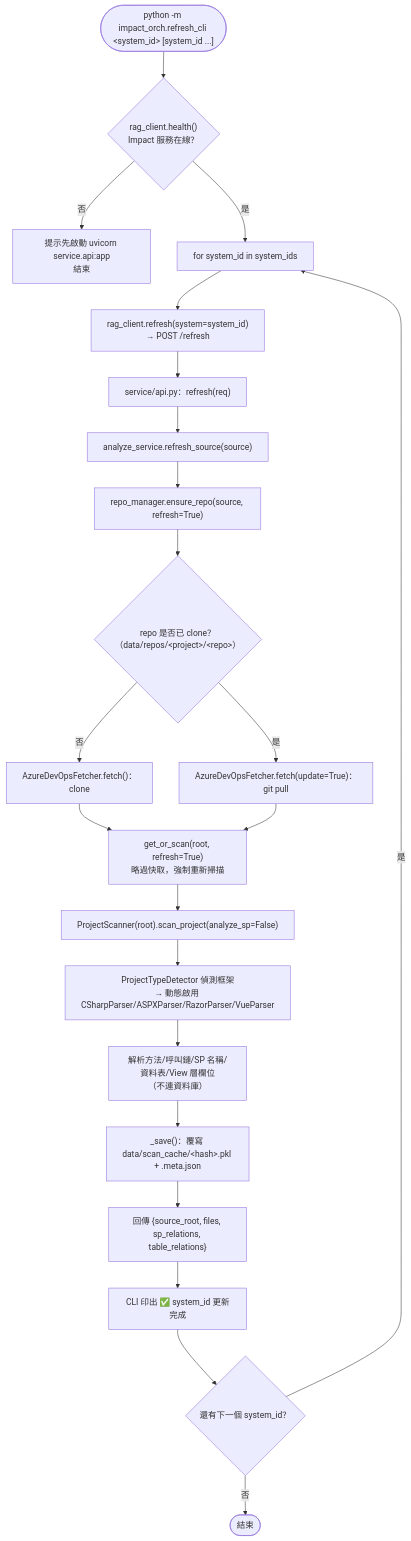
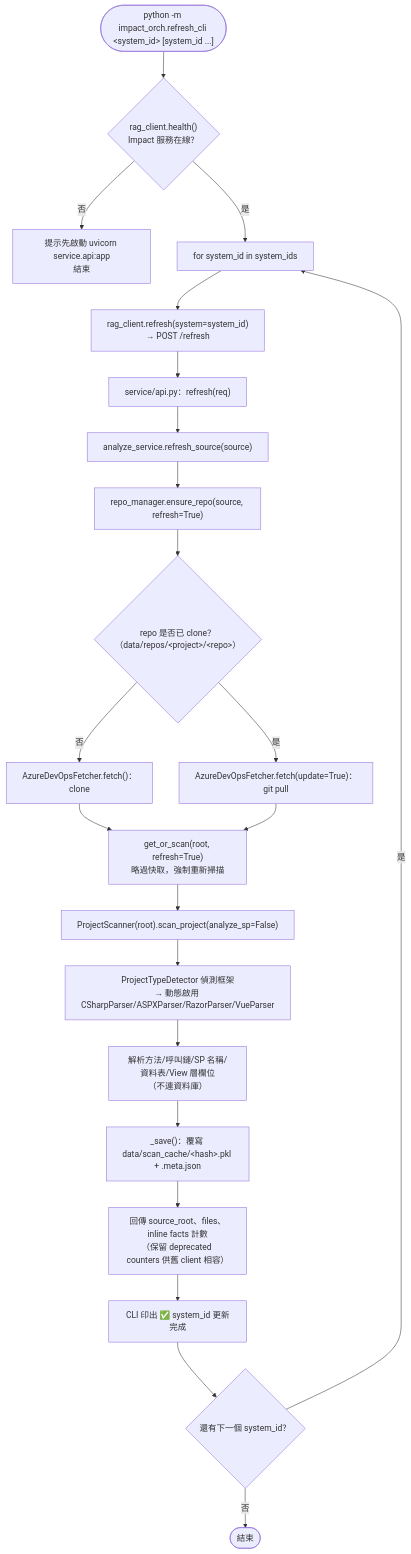
Before and after one commit to vy088772/Impact_analysis_system: the fifth of 11 diagrams in docs/流程圖.md, drawn with Mermaid. The commit also changed other lines of this file and 12 other files, not shown here.

````diff
--- a/docs/流程圖.md
+++ b/docs/流程圖.md
@@ -252,28 +308,28 @@
 ```mermaid
 flowchart TD
     Start(["python -m impact_orch.refresh_cli &lt;system_id&gt; [system_id ...]"]) --> Health{"rag_client.health()<br/>Impact 服務在線？"}
     Health -- 否 --> Fail["提示先啟動 uvicorn service.api:app<br/>結束"]
     Health -- 是 --> Loop["for system_id in system_ids"]
 
     Loop --> Call["rag_client.refresh(system=system_id)<br/>→ POST /refresh"]
     Call --> Api["service/api.py：refresh(req)"]
     Api --> RS["analyze_service.refresh_source(source)"]
 
     RS --> Ensure["repo_manager.ensure_repo(source, refresh=True)"]
     Ensure --> Cloned{"repo 是否已 clone？<br/>（data/repos/&lt;project&gt;/&lt;repo&gt;）"}
     Cloned -- 否 --> Clone["AzureDevOpsFetcher.fetch()：clone"]
     Cloned -- 是 --> Pull["AzureDevOpsFetcher.fetch(update=True)：git pull"]
     Clone --> Scan
     Pull --> Scan
 
     Scan["get_or_scan(root, refresh=True)<br/>略過快取，強制重新掃描"] --> Parser["ProjectScanner(root).scan_project(analyze_sp=False)"]
     Parser --> Detect["ProjectTypeDetector 偵測框架<br/>→ 動態啟用 CSharpParser/ASPXParser/RazorParser/VueParser"]
     Detect --> Extract["解析方法/呼叫鏈/SP 名稱/資料表/View 層欄位<br/>（不連資料庫）"]
     Extract --> Save["_save()：覆寫 data/scan_cache/&lt;hash&gt;.pkl + .meta.json"]
 
-    Save --> Resp["回傳 {source_root, files, sp_relations, table_relations}"]
+    Save --> Resp["回傳 source_root、files、inline facts 計數<br/>（保留 deprecated counters 供舊 client 相容）"]
     Resp --> Print["CLI 印出 ✅ system_id 更新完成"]
     Print --> NextCheck{"還有下一個 system_id？"}
     NextCheck -- 是 --> Loop
     NextCheck -- 否 --> End(["結束"])
 ```
````
